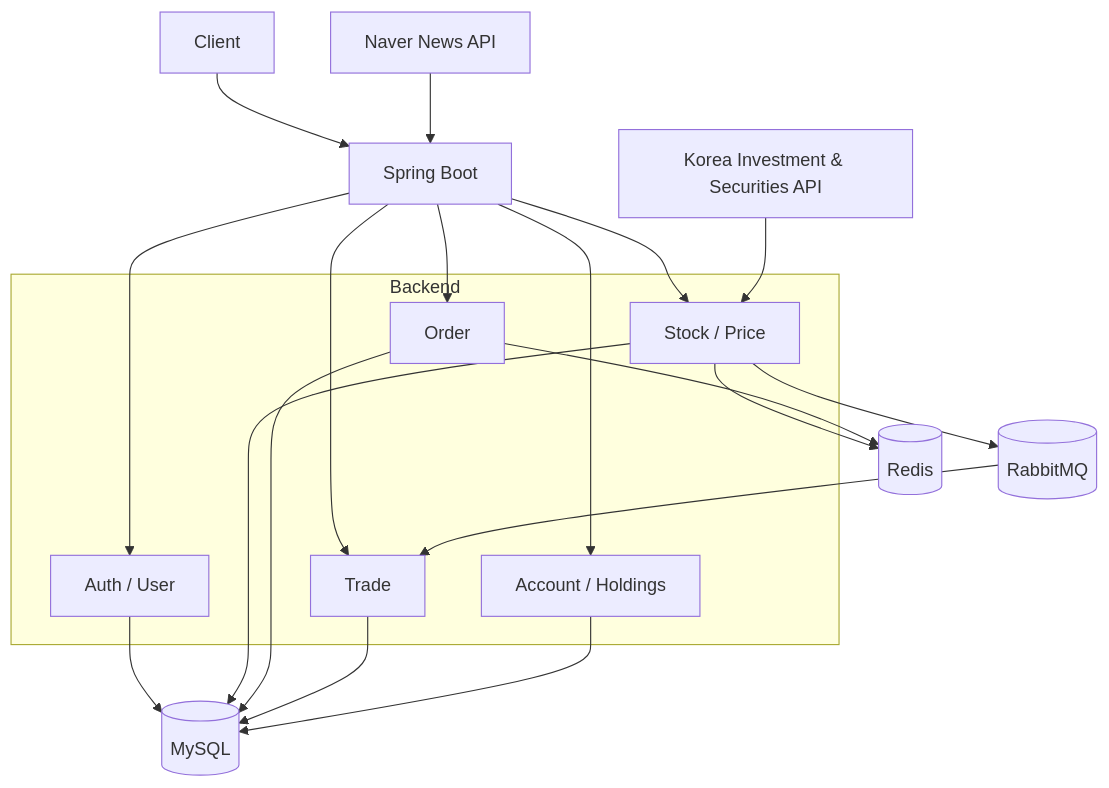
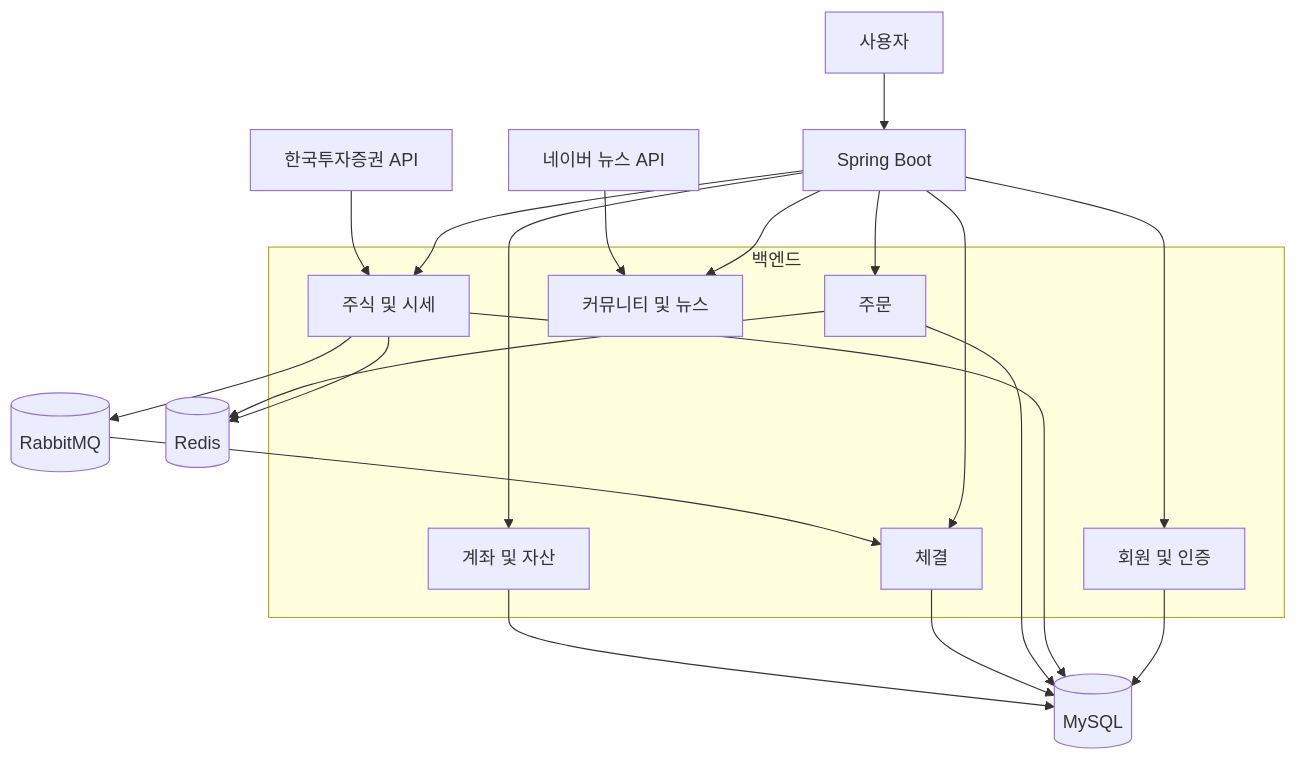
One commit to jihwanprogramer/mock-trading-springboot changed the first of 2 diagrams in README.md. Above: the diagram before and after it, drawn with Mermaid. The commit also changed other lines of this file, not shown here.

````diff
--- a/README.md
+++ b/README.md
@@ -32,40 +44,42 @@
 ```mermaid
 flowchart TB
-    Client[Client]
+    Client[사용자]
     Server[Spring Boot]
 
-    subgraph Backend
-        Auth[Auth / User]
-        Stock[Stock / Price]
-        Order[Order]
-        Trade[Trade]
-        Account[Account / Holdings]
+    subgraph Backend[백엔드]
+        Auth[회원 및 인증]
+        Stock[주식 및 시세]
+        Order[주문]
+        Trade[체결]
+        Account[계좌 및 자산]
+        Community[커뮤니티 및 뉴스]
     end
 
     MySQL[(MySQL)]
     Redis[(Redis)]
     RabbitMQ[(RabbitMQ)]
 
-    KIS[Korea Investment & Securities API]
-    Naver[Naver News API]
+    KIS[한국투자증권 API]
+    Naver[네이버 뉴스 API]
 
     Client --> Server
     Server --> Auth
     Server --> Stock
     Server --> Order
     Server --> Trade
     Server --> Account
+    Server --> Community
 
     Auth --> MySQL
     Stock --> MySQL
     Stock --> Redis
     Order --> MySQL
     Order --> Redis
     Trade --> MySQL
     Account --> MySQL
 
     KIS --> Stock
     Stock --> RabbitMQ
     RabbitMQ --> Trade
-    Naver --> Server
+    Naver --> Community
 ```
````
